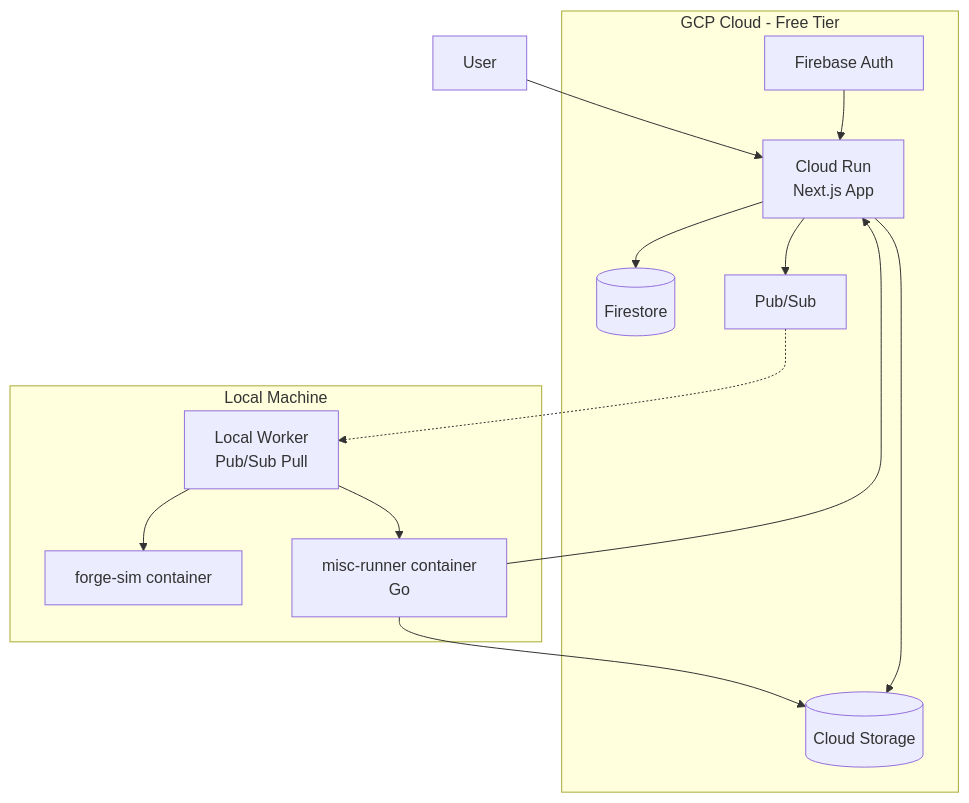
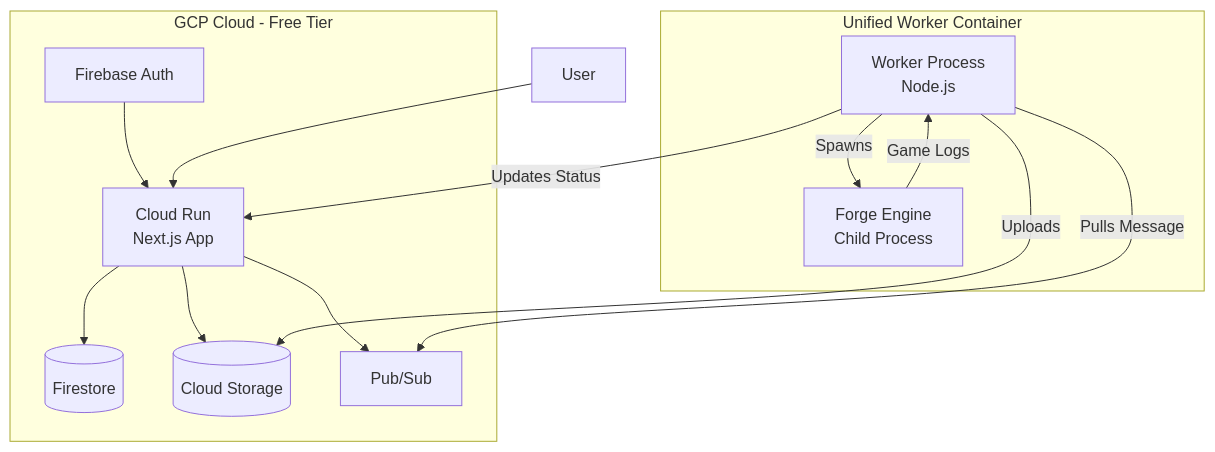
Before and after one commit to TytaniumDev/MagicBracketSimulator: the first of 2 diagrams in ARCHITECTURE.md, drawn with Mermaid. The commit also changed other lines of this file and 1 other file, not shown here.

First line of the commit message:
docs: Update ARCHITECTURE.md and create Scribe journal

````diff
--- a/ARCHITECTURE.md
+++ b/ARCHITECTURE.md
@@ -18,27 +28,28 @@
 ```mermaid
 flowchart TB
     subgraph gcp [GCP Cloud - Free Tier]
         CloudRun[Cloud Run<br/>Next.js App]
         Firestore[(Firestore)]
         GCS[(Cloud Storage)]
         PubSub[Pub/Sub]
         FirebaseAuth[Firebase Auth]
+
         CloudRun --> Firestore
         CloudRun --> GCS
         CloudRun --> PubSub
         FirebaseAuth --> CloudRun
     end
 
-    subgraph local [Local Machine]
-        Worker[Local Worker<br/>Pub/Sub Pull]
-        ForgeSim[forge-sim container]
-        MiscRunner[misc-runner container<br/>Go]
-        Worker --> ForgeSim
-        Worker --> MiscRunner
+    subgraph unified_worker [Unified Worker Container]
+        Worker[Worker Process<br/>Node.js]
+        Forge[Forge Engine<br/>Child Process]
+
+        Worker -- Pulls Message --> PubSub
+        Worker -- Spawns --> Forge
+        Forge -- Game Logs --> Worker
+        Worker -- Uploads --> GCS
+        Worker -- Updates Status --> CloudRun
     end
 
     User --> CloudRun
-    PubSub -.-> Worker
-    MiscRunner --> GCS
-    MiscRunner --> CloudRun
 ```
````
